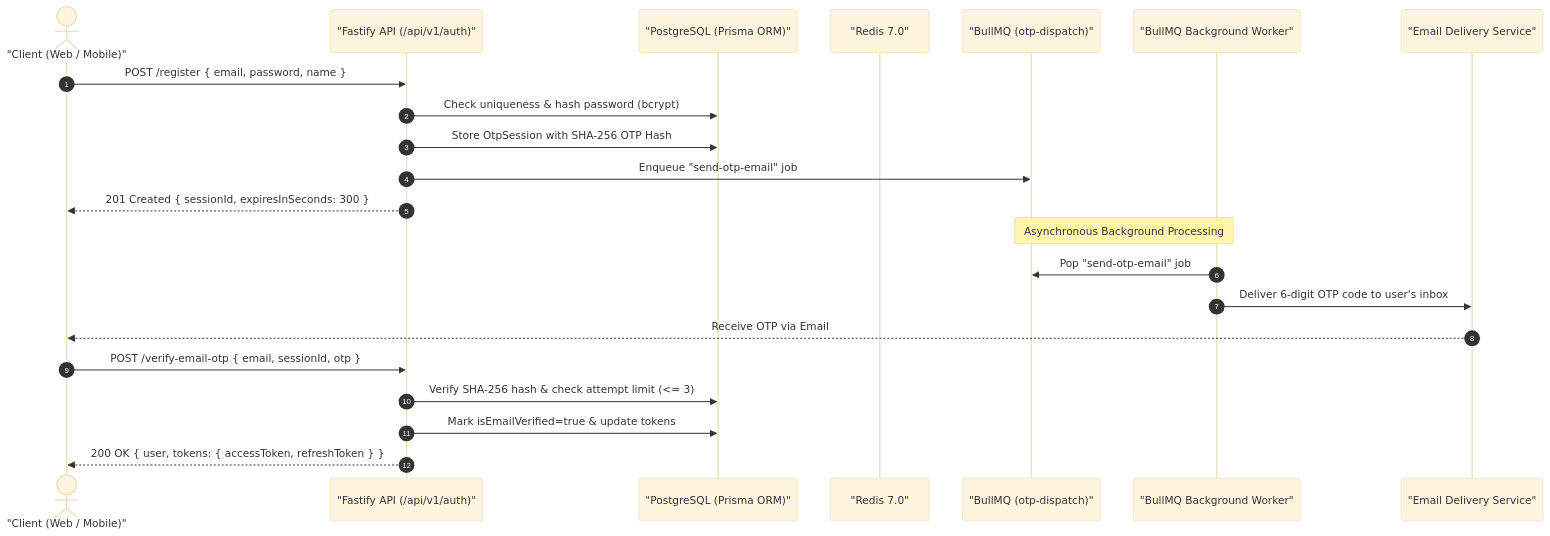
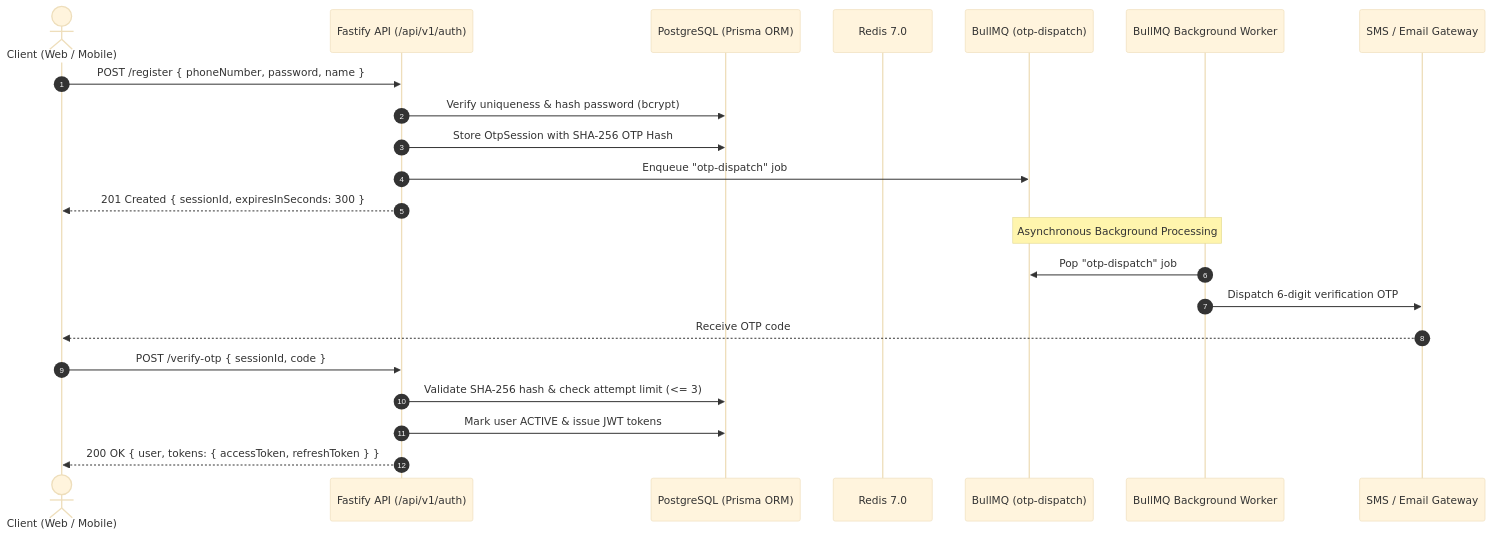
One commit to bnintelhub/olx changed the second of 4 diagrams in README.md. Above: the diagram before and after it, drawn with Mermaid (base theme). The commit also changed other lines of this file and 28 other files, not shown here.

````diff
--- a/README.md
+++ b/README.md
@@ -117,27 +137,27 @@
 ```mermaid
 sequenceDiagram
     autonumber
-    actor Client as "Client (Web / Mobile)"
-    participant Fastify as "Fastify API (/api/v1/auth)"
-    participant DB as "PostgreSQL (Prisma ORM)"
-    participant Redis as "Redis 7.0"
-    participant BullMQ as "BullMQ (otp-dispatch)"
-    participant Worker as "BullMQ Background Worker"
-    participant Email as "Email Delivery Service"
+    actor Client as Client (Web / Mobile)
+    participant Fastify as Fastify API (/api/v1/auth)
+    participant DB as PostgreSQL (Prisma ORM)
+    participant Redis as Redis 7.0
+    participant BullMQ as BullMQ (otp-dispatch)
+    participant Worker as BullMQ Background Worker
+    participant SMS as SMS / Email Gateway
 
-    Client->>Fastify: POST /register { email, password, name }
-    Fastify->>DB: Check uniqueness & hash password (bcrypt)
+    Client->>Fastify: POST /register { phoneNumber, password, name }
+    Fastify->>DB: Verify uniqueness & hash password (bcrypt)
     Fastify->>DB: Store OtpSession with SHA-256 OTP Hash
-    Fastify->>BullMQ: Enqueue "send-otp-email" job
+    Fastify->>BullMQ: Enqueue "otp-dispatch" job
     Fastify-->>Client: 201 Created { sessionId, expiresInSeconds: 300 }
 
     Note over BullMQ,Worker: Asynchronous Background Processing
-    Worker->>BullMQ: Pop "send-otp-email" job
-    Worker->>Email: Deliver 6-digit OTP code to user's inbox
-    Email-->>Client: Receive OTP via Email
+    Worker->>BullMQ: Pop "otp-dispatch" job
+    Worker->>SMS: Dispatch 6-digit verification OTP
+    SMS-->>Client: Receive OTP code
 
-    Client->>Fastify: POST /verify-email-otp { email, sessionId, otp }
-    Fastify->>DB: Verify SHA-256 hash & check attempt limit (<= 3)
-    Fastify->>DB: Mark isEmailVerified=true & update tokens
+    Client->>Fastify: POST /verify-otp { sessionId, code }
+    Fastify->>DB: Validate SHA-256 hash & check attempt limit (<= 3)
+    Fastify->>DB: Mark user ACTIVE & issue JWT tokens
     Fastify-->>Client: 200 OK { user, tokens: { accessToken, refreshToken } }
 ```
````
